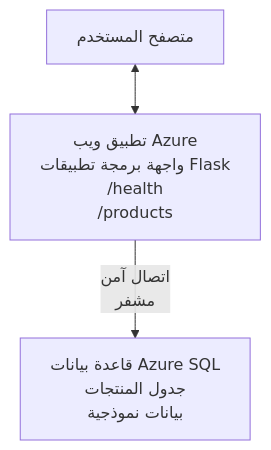
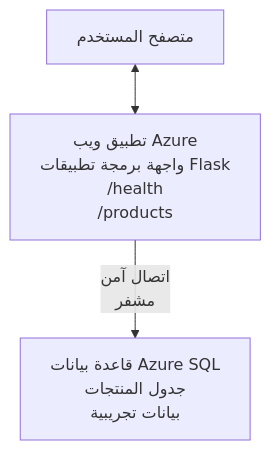
One commit to microsoft/AZD-for-beginners changed the diagram in translations/ar/examples/database-app/README.md. Above: the diagram before and after it, drawn with Mermaid. The commit also changed other lines of this file and 104 other files, not shown here.

````diff
--- a/translations/ar/examples/database-app/README.md
+++ b/translations/ar/examples/database-app/README.md
@@ -72,5 +72,5 @@
 ```mermaid
 graph TD
     Browser[متصفح المستخدم] <--> WebApp[تطبيق ويب Azure<br/>واجهة برمجة تطبيقات Flask<br/>/health<br/>/products]
-    WebApp -- اتصال آمن<br/>مشفر --> SQL[قاعدة بيانات Azure SQL<br/>جدول المنتجات<br/>بيانات نموذجية]
+    WebApp -- اتصال آمن<br/>مشفر --> SQL[قاعدة بيانات Azure SQL<br/>جدول المنتجات<br/>بيانات تجريبية]
 ```
````
